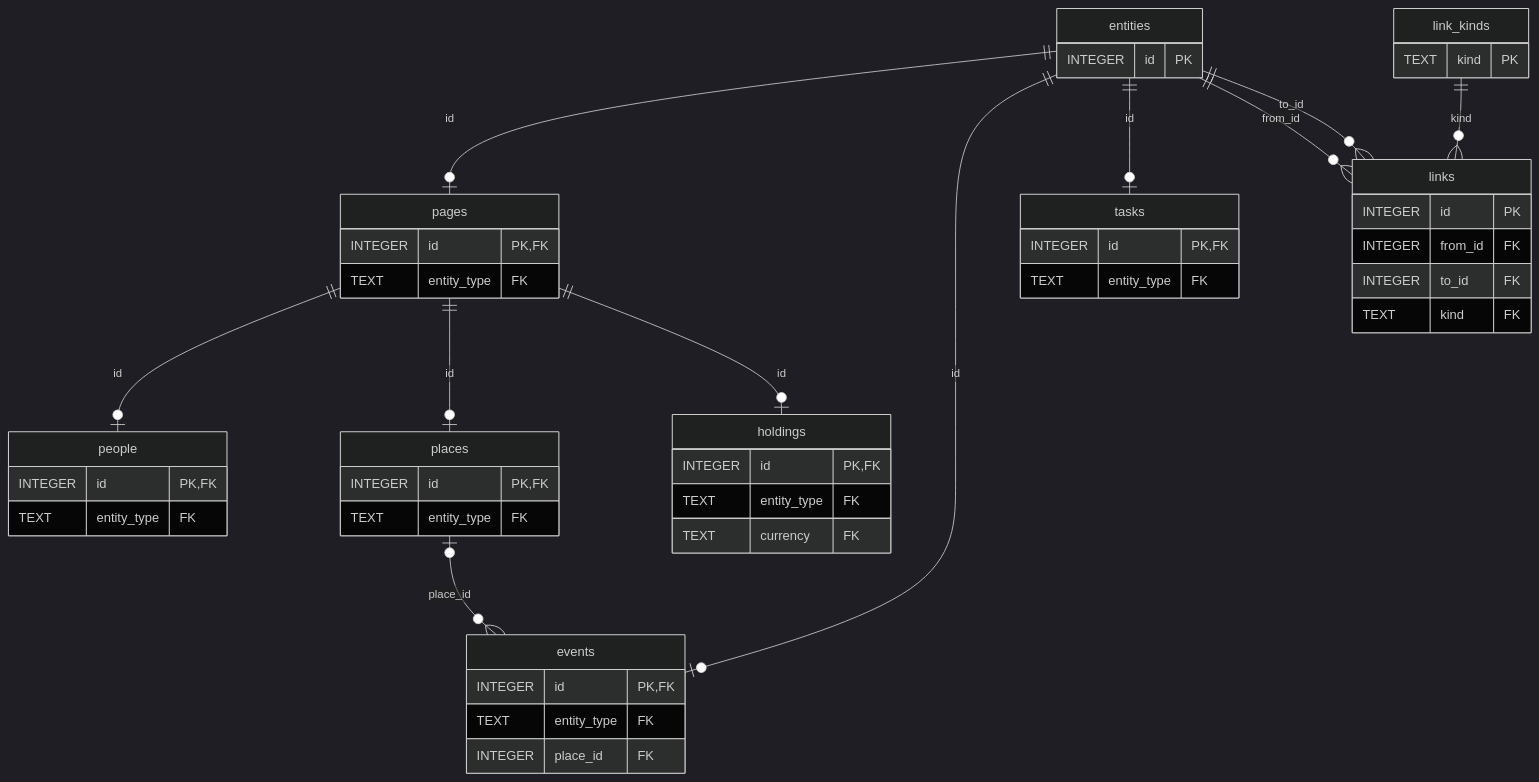
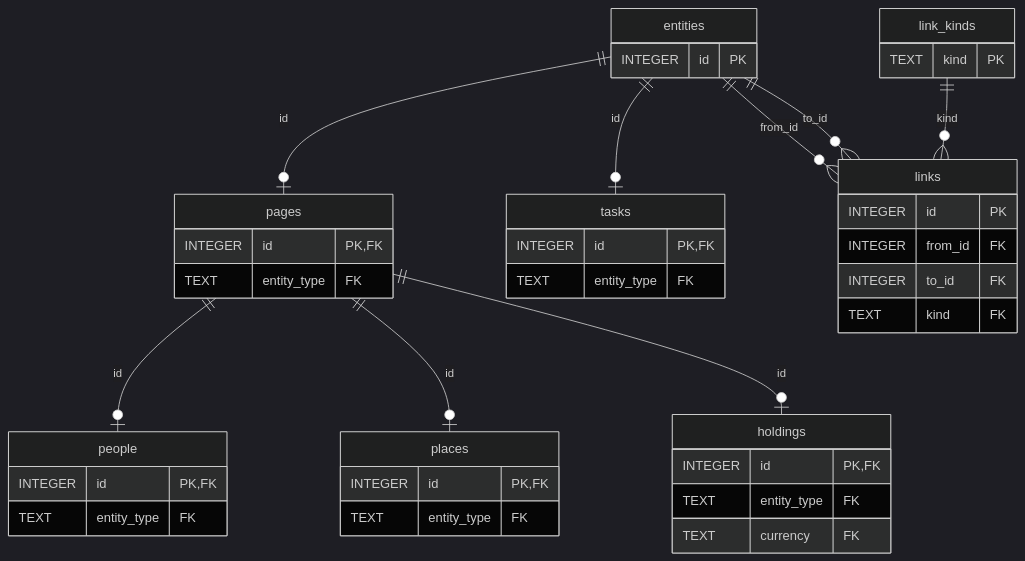
Before and after one commit to alexradunet/lifelogdb: the fourth of 8 diagrams in SCHEMA.md, drawn with Mermaid (dark theme). The commit also changed other lines of this file and 21 other files, not shown here.

````diff
--- a/SCHEMA.md
+++ b/SCHEMA.md
@@ -1088,53 +1050,46 @@
 ```mermaid
 %% diagram: er-core
 erDiagram
     entities ||--o| pages    : "id"
-    entities ||--o| events   : "id"
     entities ||--o| tasks    : "id"
     pages    ||--o| people   : "id"
     pages    ||--o| places   : "id"
     pages    ||--o| holdings : "id"
-    places   |o--o{ events   : "place_id"
     entities ||--o{ links    : "from_id"
     entities ||--o{ links    : "to_id"
     link_kinds ||--o{ links  : "kind"
 
     entities {
         INTEGER id PK
     }
     pages {
         INTEGER id PK, FK
         TEXT entity_type FK
-    }
-    events {
-        INTEGER id PK, FK
-        TEXT entity_type FK
-        INTEGER place_id FK
     }
     tasks {
         INTEGER id PK, FK
         TEXT entity_type FK
     }
     people {
         INTEGER id PK, FK
         TEXT entity_type FK
     }
     places {
         INTEGER id PK, FK
         TEXT entity_type FK
     }
     holdings {
         INTEGER id PK, FK
         TEXT entity_type FK
         TEXT currency FK
     }
     links {
         INTEGER id PK
         INTEGER from_id FK
         INTEGER to_id FK
         TEXT kind FK
     }
     link_kinds {
         TEXT kind PK
     }
 ```
````
